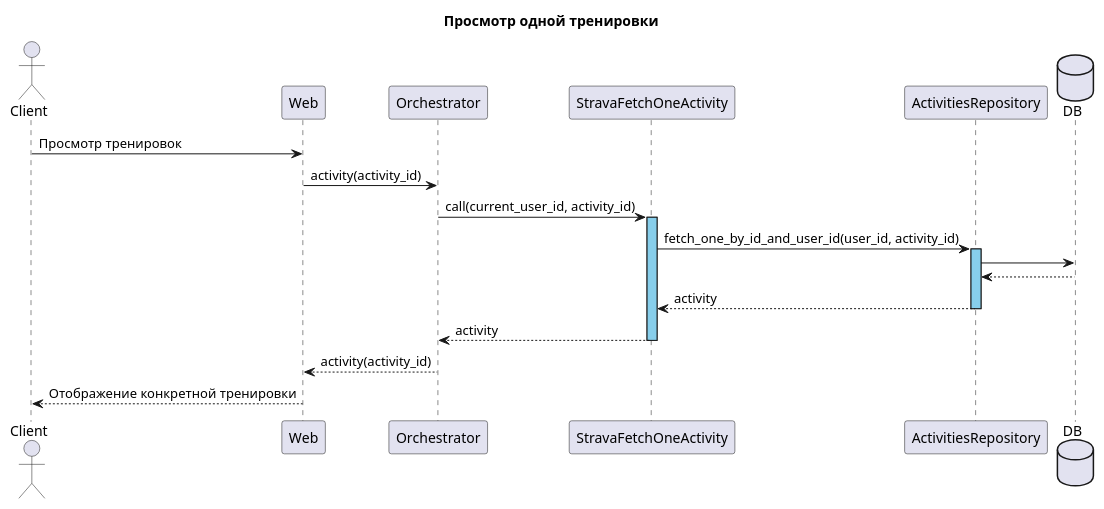
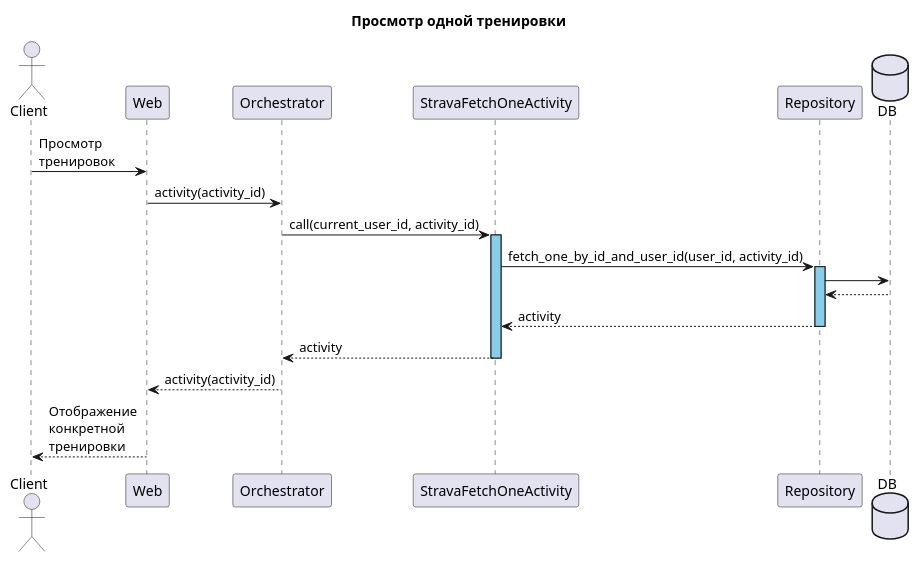
One commit to VadimBarinov/strava-activity-ui changed the diagram in diagrams/sequence_activitiy.puml. Above: the diagram before and after it, drawn with PlantUML. The commit also changed 3 other files, not shown here.

Commit message:
update sequences

```diff
--- a/diagrams/sequence_activitiy.puml
+++ b/diagrams/sequence_activitiy.puml
@@ -1,24 +1,24 @@
 @startuml
 
 title Просмотр одной тренировки
 
 actor Client
 participant Web
 participant Orchestrator
 participant StravaFetchOneActivity
-participant ActivitiesRepository
+participant Repository
 database DB 
 
-Client -> Web : Просмотр тренировок
+Client -> Web : Просмотр \nтренировок
 Web -> Orchestrator : activity(activity_id)
 Orchestrator -> StravaFetchOneActivity ++ #SkyBlue : call(current_user_id, activity_id)
-StravaFetchOneActivity -> ActivitiesRepository ++ #SkyBlue : fetch_one_by_id_and_user_id(user_id, activity_id)
-ActivitiesRepository -> DB
-ActivitiesRepository <-- DB
-StravaFetchOneActivity <-- ActivitiesRepository -- : activity
+StravaFetchOneActivity -> Repository ++ #SkyBlue : fetch_one_by_id_and_user_id(user_id, activity_id)
+Repository -> DB
+Repository <-- DB
+StravaFetchOneActivity <-- Repository -- : activity
 Orchestrator <-- StravaFetchOneActivity -- : activity
 
 Web <-- Orchestrator : activity(activity_id)
-Client <-- Web : Отображение конкретной тренировки
+Client <-- Web : Отображение \nконкретной \nтренировки
 
 @enduml
```
